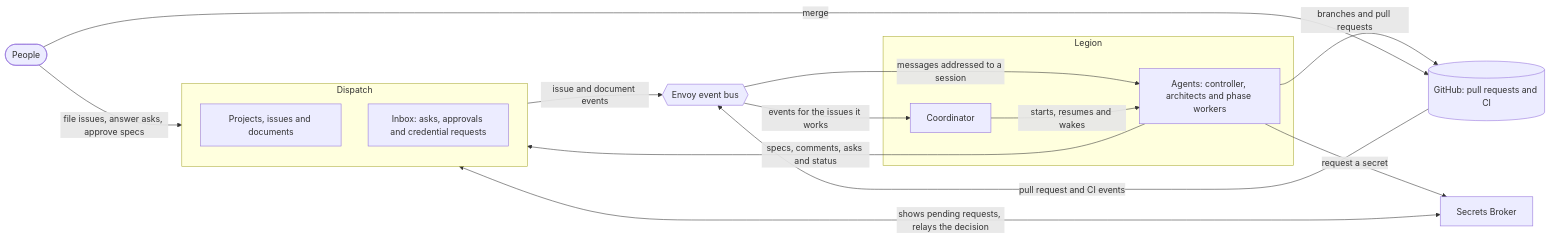
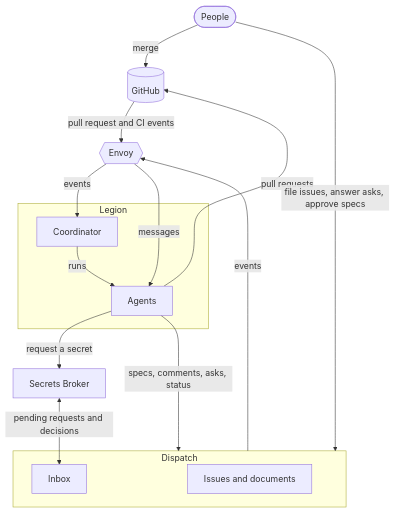
Before and after one commit to sjawhar/legion: the diagram in docs/site/src/content/docs/how-it-fits.md, drawn with Mermaid. The commit also changed 1 other file, not shown here.

Commit message:
docs(site): draw the overview top to bottom, and list contributing as one link
The left-to-right diagram rendered too small to read at page width.

Omp-Session: 01a083dd-4579-7000-8202-9898ac713e12

````diff
--- a/docs/site/src/content/docs/how-it-fits.md
+++ b/docs/site/src/content/docs/how-it-fits.md
@@ -13,27 +13,27 @@
 ```mermaid
-flowchart LR
+flowchart TB
   people([People])
+  github[(GitHub)]
   subgraph dispatch [Dispatch]
-    record[Projects, issues and documents]
-    inbox[Inbox: asks, approvals and credential requests]
+    record[Issues and documents]
+    inbox[Inbox]
   end
-  envoy{{Envoy event bus}}
+  envoy{{Envoy}}
   subgraph legion [Legion]
     coordinator[Coordinator]
-    agents[Agents: controller, architects and phase workers]
+    agents[Agents]
   end
   broker[Secrets Broker]
-  github[(GitHub: pull requests and CI)]
 
-  people -- "file issues, answer asks, approve specs" --> dispatch
-  dispatch -- "issue and document events" --> envoy
-  github -- "pull request and CI events" --> envoy
-  envoy -- "events for the issues it works" --> coordinator
-  envoy -- "messages addressed to a session" --> agents
-  coordinator -- "starts, resumes and wakes" --> agents
-  agents -- "specs, comments, asks and status" --> dispatch
-  agents -- "branches and pull requests" --> github
-  agents -- "request a secret" --> broker
-  dispatch <-- "shows pending requests, relays the decision" --> broker
-  people -- "merge" --> github
+  people -->|file issues, answer asks, approve specs| dispatch
+  people -->|merge| github
+  dispatch -->|events| envoy
+  github -->|pull request and CI events| envoy
+  envoy -->|events| coordinator
+  envoy -->|messages| agents
+  coordinator -->|runs| agents
+  agents -->|specs, comments, asks, status| dispatch
+  agents -->|pull requests| github
+  agents -->|request a secret| broker
+  broker <-->|pending requests and decisions| inbox
 ```
````
